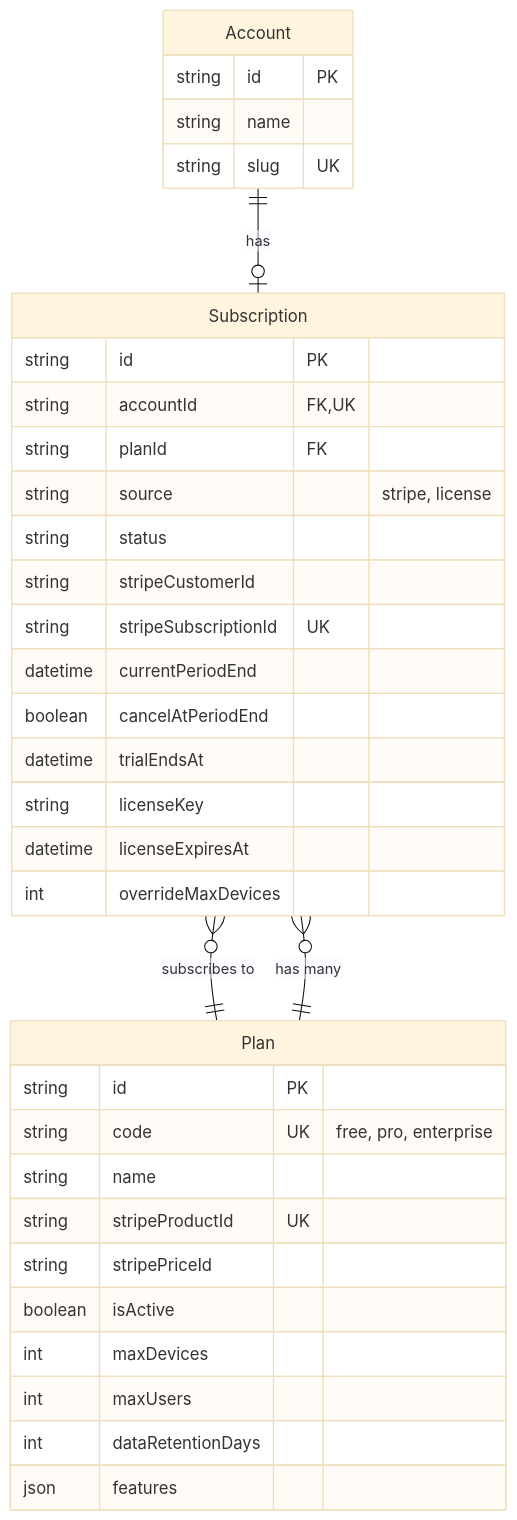
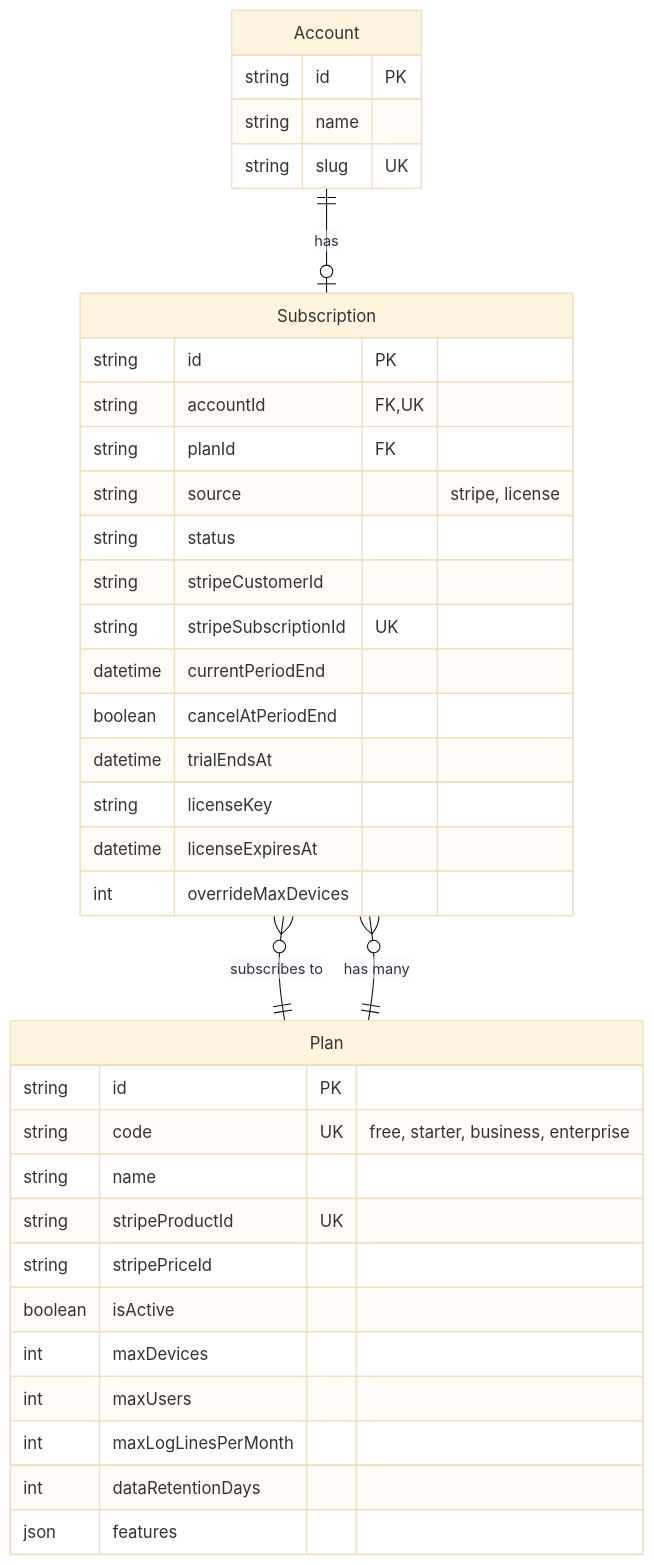
The second of 8 diagrams in docs/architecture/business/SUBSCRIPTIONS.md (Tis1201/data_fs04), drawn with Mermaid (base theme) before and after one commit. The commit also changed other lines of this file and 12 other files, not shown here.

````diff
--- a/docs/architecture/business/SUBSCRIPTIONS.md
+++ b/docs/architecture/business/SUBSCRIPTIONS.md
@@ -52,41 +52,42 @@
 ```mermaid
 erDiagram
     Account ||--o| Subscription : has
     Subscription }o--|| Plan : "subscribes to"
     Plan ||--o{ Subscription : "has many"
     
     Account {
         string id PK
         string name
         string slug UK
     }
     
     Plan {
         string id PK
-        string code UK "free, pro, enterprise"
+        string code UK "free, starter, business, enterprise"
         string name
         string stripeProductId UK
         string stripePriceId
         boolean isActive
         int maxDevices
         int maxUsers
+        int maxLogLinesPerMonth
         int dataRetentionDays
         json features
     }
     
     Subscription {
         string id PK
         string accountId FK,UK
         string planId FK
         string source "stripe, license"
         string status
         string stripeCustomerId
         string stripeSubscriptionId UK
         datetime currentPeriodEnd
         boolean cancelAtPeriodEnd
         datetime trialEndsAt
         string licenseKey
         datetime licenseExpiresAt
         int overrideMaxDevices
     }
 ```
````
